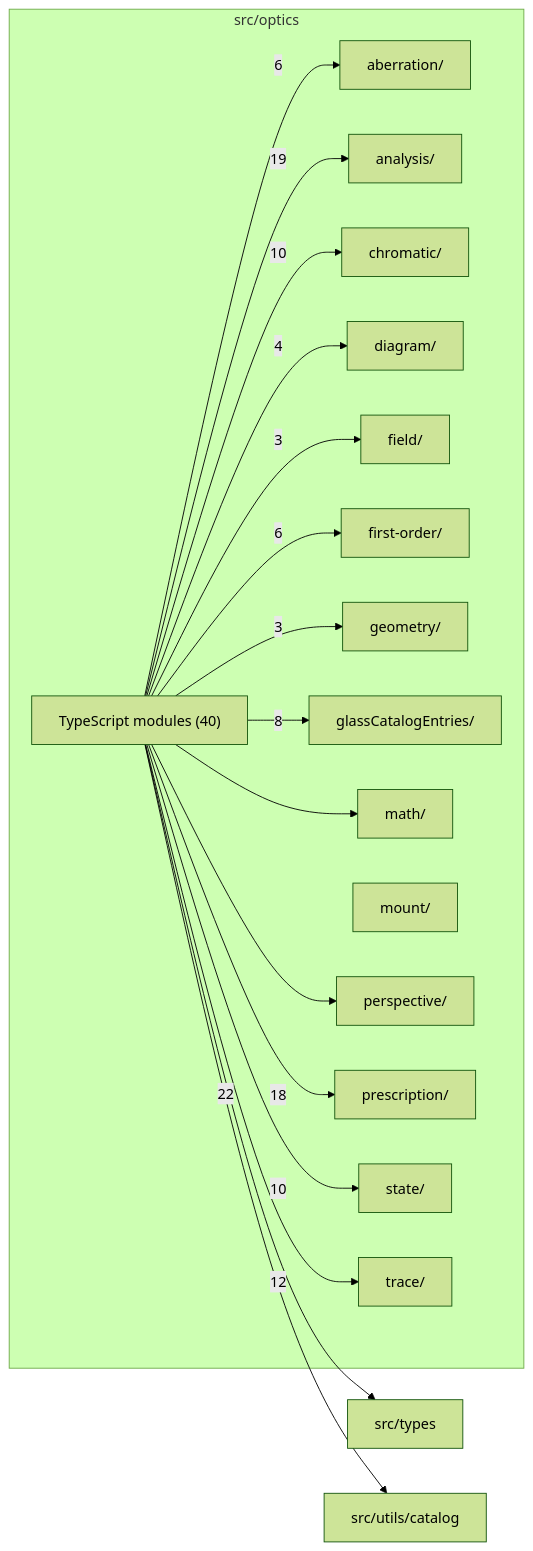
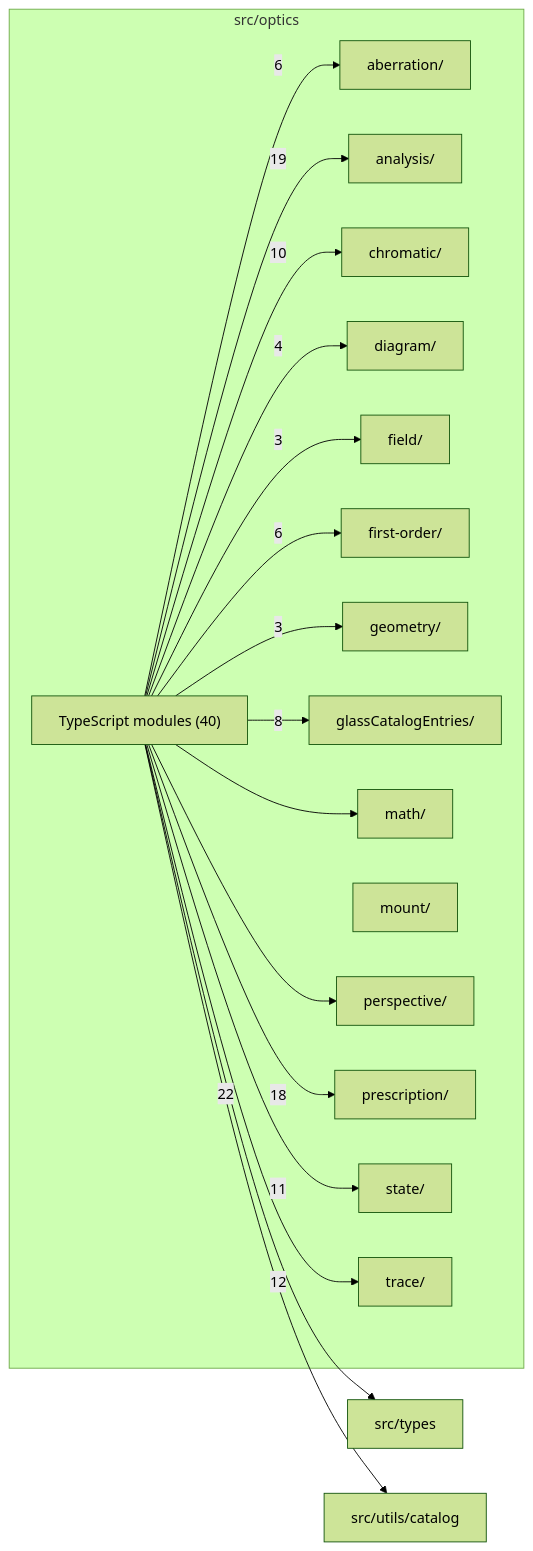
One commit to ronbuening/LensVisualizer changed the diagram in src/optics/readme.md. Above: the diagram before and after it, drawn with Mermaid (forest theme). The commit also changed other lines of this file and 23 other files, not shown here.

````diff
--- a/src/optics/readme.md
+++ b/src/optics/readme.md
@@ -9,37 +9,37 @@
 ```mermaid
 flowchart LR
   subgraph n_src_optics["src/optics"]
     n_src_optics_src_optics_aberration["aberration/"]
     n_src_optics_src_optics_analysis["analysis/"]
     n_src_optics_src_optics_chromatic["chromatic/"]
     n_src_optics_src_optics_diagram["diagram/"]
     n_src_optics_src_optics_field["field/"]
     n_src_optics_src_optics_first_order["first-order/"]
     n_src_optics_src_optics_geometry["geometry/"]
     n_src_optics_src_optics_glassCatalogEntries["glassCatalogEntries/"]
     n_src_optics_src_optics_math["math/"]
     n_src_optics_src_optics_mount["mount/"]
     n_src_optics_src_optics_perspective["perspective/"]
     n_src_optics_src_optics_prescription["prescription/"]
     n_src_optics_src_optics_state["state/"]
     n_src_optics_src_optics_trace["trace/"]
     n_src_optics_TypeScript_modules["TypeScript modules (40)"]
   end
   n_external_src_types["src/types"]
   n_external_src_utils_catalog["src/utils/catalog"]
   n_src_optics_TypeScript_modules --> |22| n_external_src_types
   n_src_optics_TypeScript_modules --> |19| n_src_optics_src_optics_analysis
   n_src_optics_TypeScript_modules --> |18| n_src_optics_src_optics_prescription
   n_src_optics_TypeScript_modules --> |12| n_src_optics_src_optics_trace
+  n_src_optics_TypeScript_modules --> |11| n_src_optics_src_optics_state
   n_src_optics_TypeScript_modules --> |10| n_src_optics_src_optics_chromatic
-  n_src_optics_TypeScript_modules --> |10| n_src_optics_src_optics_state
   n_src_optics_TypeScript_modules --> |8| n_src_optics_src_optics_glassCatalogEntries
   n_src_optics_TypeScript_modules --> |6| n_src_optics_src_optics_aberration
   n_src_optics_TypeScript_modules --> |6| n_src_optics_src_optics_first_order
   n_src_optics_TypeScript_modules --> |4| n_src_optics_src_optics_diagram
   n_src_optics_TypeScript_modules --> |3| n_src_optics_src_optics_field
   n_src_optics_TypeScript_modules --> |3| n_src_optics_src_optics_geometry
   n_src_optics_TypeScript_modules --> n_external_src_utils_catalog
   n_src_optics_TypeScript_modules --> n_src_optics_src_optics_math
   n_src_optics_TypeScript_modules --> n_src_optics_src_optics_perspective
 ```
````
